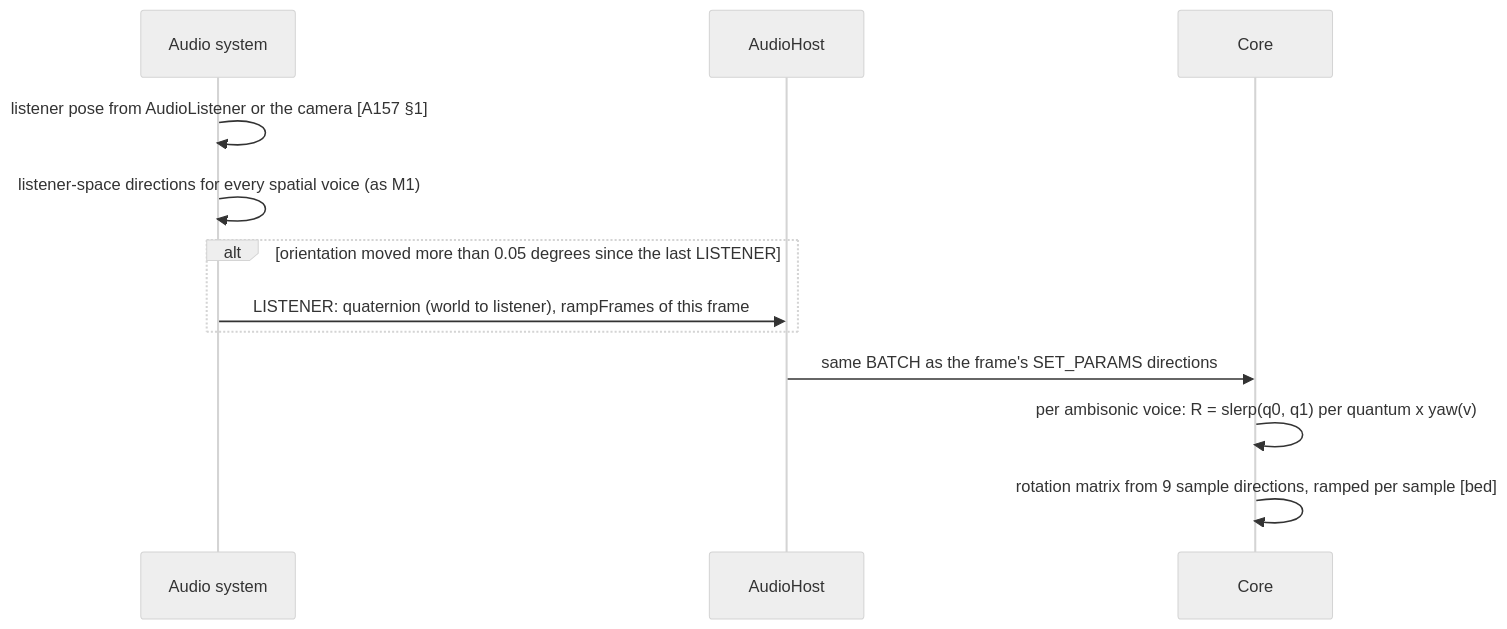
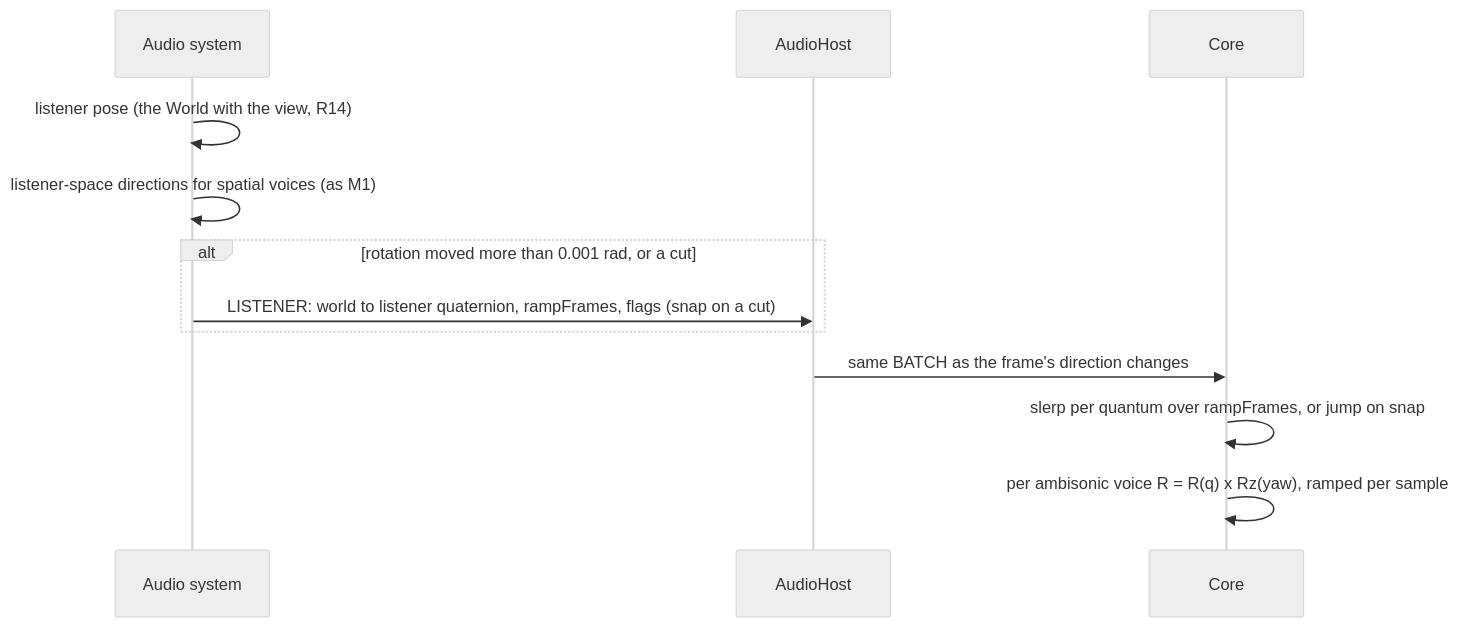
Before and after one commit to doughtnerd/TranquilityEngine: the ninth of 10 diagrams in docs/design/0162-audio-spatial/architecture.md, drawn with Mermaid (neutral theme). The commit also changed other lines of this file and 4 other files, not shown here.

````diff
--- a/docs/design/0162-audio-spatial/architecture.md
+++ b/docs/design/0162-audio-spatial/architecture.md
@@ -327,14 +352,14 @@
 ```mermaid
 sequenceDiagram
   participant Y as Audio system
   participant H as AudioHost
   participant K as Core
-  Y->>Y: listener pose from AudioListener or the camera [A157 §1]
-  Y->>Y: listener-space directions for every spatial voice (as M1)
-  alt orientation moved more than 0.05 degrees since the last LISTENER
-    Y->>H: LISTENER: quaternion (world to listener), rampFrames of this frame
+  Y->>Y: listener pose (the World with the view, R14)
+  Y->>Y: listener-space directions for spatial voices (as M1)
+  alt rotation moved more than 0.001 rad, or a cut
+    Y->>H: LISTENER: world to listener quaternion, rampFrames, flags (snap on a cut)
   end
-  H->>K: same BATCH as the frame's SET_PARAMS directions
-  K->>K: per ambisonic voice: R = slerp(q0, q1) per quantum x yaw(v)
-  K->>K: rotation matrix from 9 sample directions, ramped per sample [bed]
+  H->>K: same BATCH as the frame's direction changes
+  K->>K: slerp per quantum over rampFrames, or jump on snap
+  K->>K: per ambisonic voice R = R(q) x Rz(yaw), ramped per sample
 ```
````
